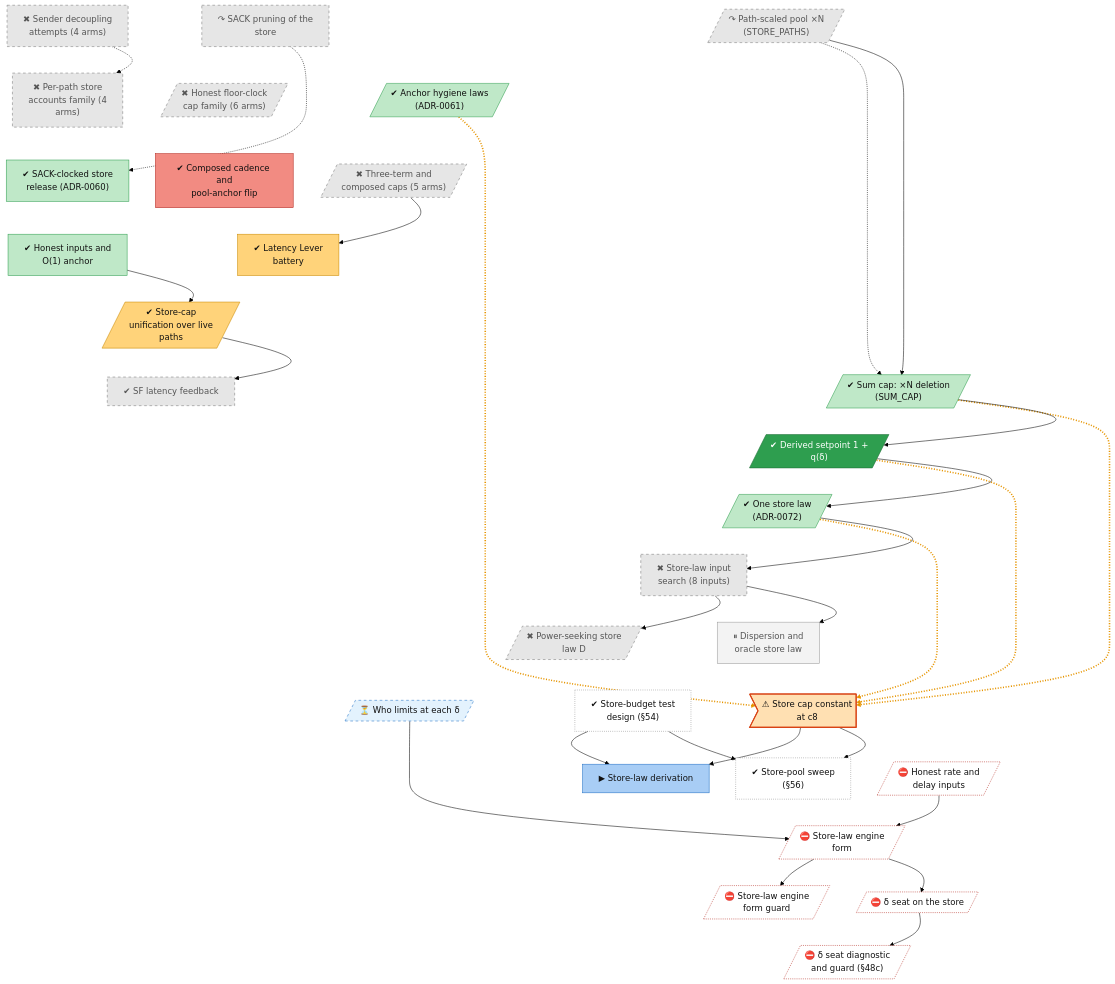
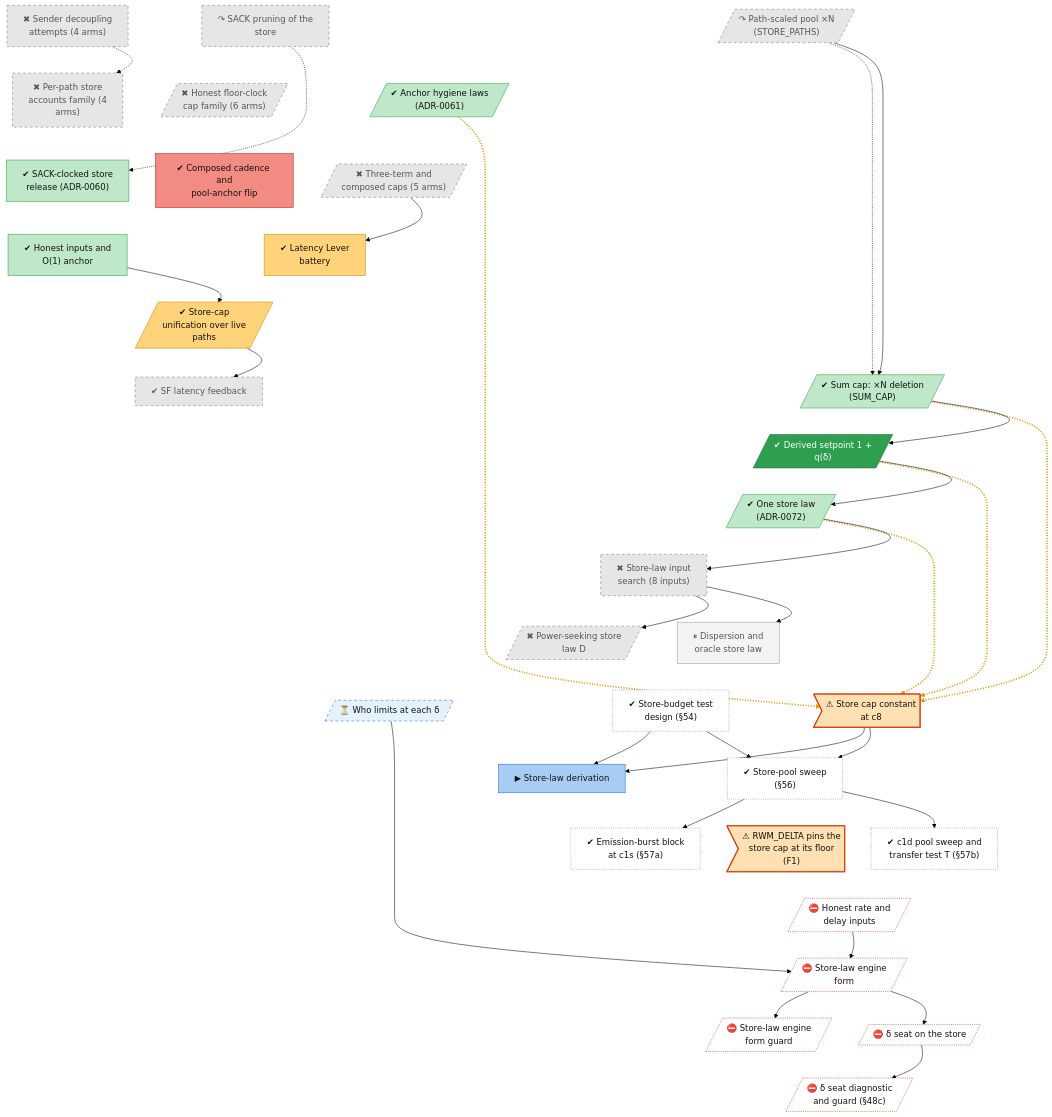
The diagram in docs/roadmap/tracks/store.md (lhns/raptorpath), drawn with Mermaid (forest theme) before and after one commit. The commit also changed other lines of this file and 4 other files, not shown here.

Commit message:
roadmap: §57a/§57b done, F1 defect, ADR-0077 shared core, wasm audit merged, owner wasm calls decided

````diff
--- a/docs/roadmap/tracks/store.md
+++ b/docs/roadmap/tracks/store.md
@@ -33,6 +33,9 @@
     store_defect_cap_constant>"⚠ Store cap constant<br/>at c8"]
     store_law_derivation["▶ Store-law derivation"]
     store_s56_sweep["✔ Store-pool sweep<br/>(#167;56)"]
+    store_s57a_burst["✔ Emission-burst block<br/>at c1s (#167;57a)"]
+    store_s57b_c1d["✔ c1d pool sweep and<br/>transfer test T (#167;57b)"]
+    store_defect_delta_nan>"⚠ RWM_DELTA pins the<br/>store cap at its floor<br/>(F1)"]
     store_fix_maxbw_minrtt[/"⛔ Honest rate and<br/>delay inputs"/]
     store_engine_form_impl[/"⛔ Store-law engine<br/>form"/]
     store_engine_form_guard[/"⛔ Store-law engine<br/>form guard"/]
@@ -62,9 +65,13 @@
     store_engine_form ~~~ store_defect_cap_constant
     store_w1_who_limits ~~~ store_law_derivation
     store_s54_budget ~~~ store_s56_sweep
-    store_defect_cap_constant ~~~ store_fix_maxbw_minrtt
-    store_law_derivation ~~~ store_engine_form_impl
-    store_s56_sweep ~~~ store_engine_form_impl
+    store_defect_cap_constant ~~~ store_s56_sweep
+    store_law_derivation ~~~ store_s57a_burst
+    store_s56_sweep ~~~ store_s57b_c1d
+    store_s56_sweep ~~~ store_defect_delta_nan
+    store_s57a_burst ~~~ store_fix_maxbw_minrtt
+    store_s57b_c1d ~~~ store_fix_maxbw_minrtt
+    store_defect_delta_nan ~~~ store_fix_maxbw_minrtt
     store_fix_maxbw_minrtt ~~~ store_engine_form_impl
     store_engine_form_impl ~~~ store_engine_form_guard
     store_engine_form_impl ~~~ store_delta_seat
@@ -90,12 +97,14 @@
     store_defect_cap_constant --> store_law_derivation
     store_s54_budget --> store_s56_sweep
     store_defect_cap_constant --> store_s56_sweep
+    store_s56_sweep --> store_s57a_burst
+    store_s56_sweep --> store_s57b_c1d
     store_w1_who_limits --> store_engine_form_impl
     store_fix_maxbw_minrtt --> store_engine_form_impl
     store_engine_form_impl --> store_engine_form_guard
     store_engine_form_impl --> store_delta_seat
     store_delta_seat --> store_s48c_session
-    linkStyle 35,40,42,44 stroke:#e69500,stroke-width:3px,stroke-dasharray:2 3
+    linkStyle 39,44,46,48 stroke:#e69500,stroke-width:3px,stroke-dasharray:2 3
     classDef vsucc fill:#2e9e4f,stroke:#1b6b34,color:#fff
     classDef succ fill:#bfe8c8,stroke:#2e9e4f,color:#111
     classDef mixed fill:#ffd37a,stroke:#c98a00,color:#111
@@ -116,8 +125,8 @@
     class store_delta_cap vsucc
     class store_engine_form parked
     class store_w1_who_limits waiting
-    class store_s54_budget,store_s56_sweep unrated
-    class store_defect_cap_constant defect
+    class store_s54_budget,store_s56_sweep,store_s57a_burst,store_s57b_c1d unrated
+    class store_defect_cap_constant,store_defect_delta_nan defect
     class store_law_derivation inprog
     class store_fix_maxbw_minrtt,store_engine_form_impl,store_engine_form_guard,store_delta_seat,store_s48c_session blocked
 ```
````
